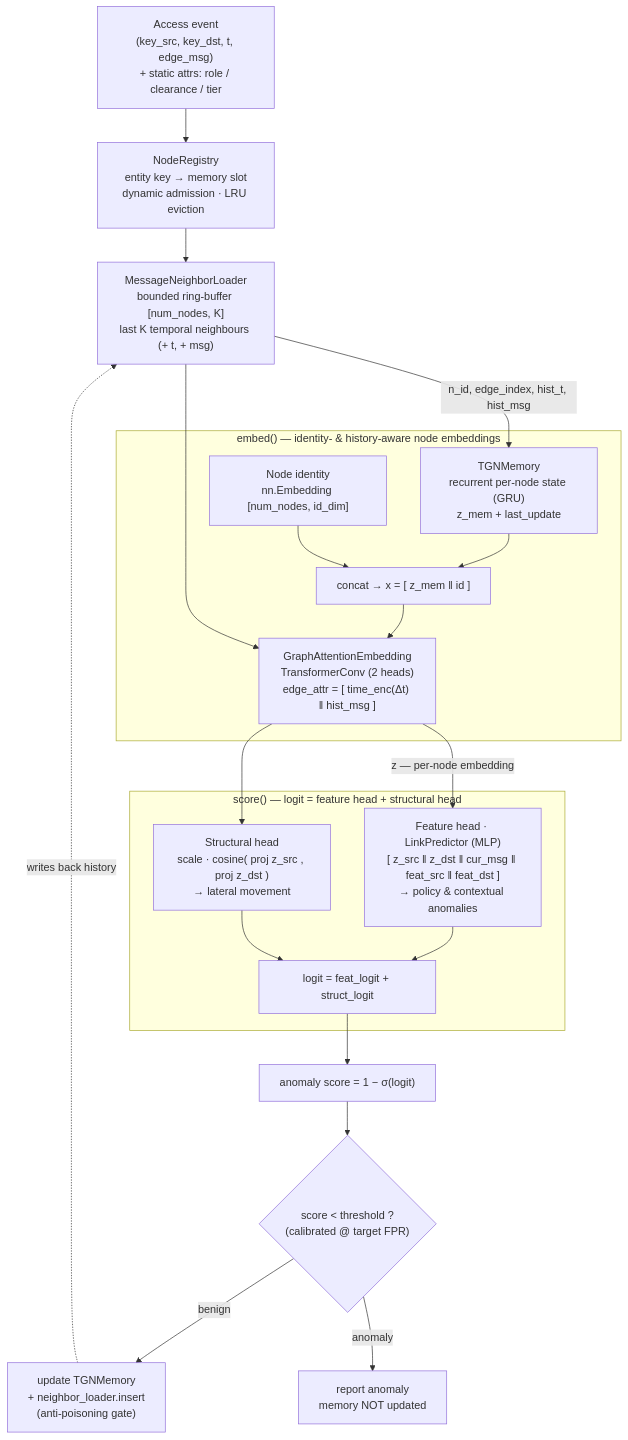
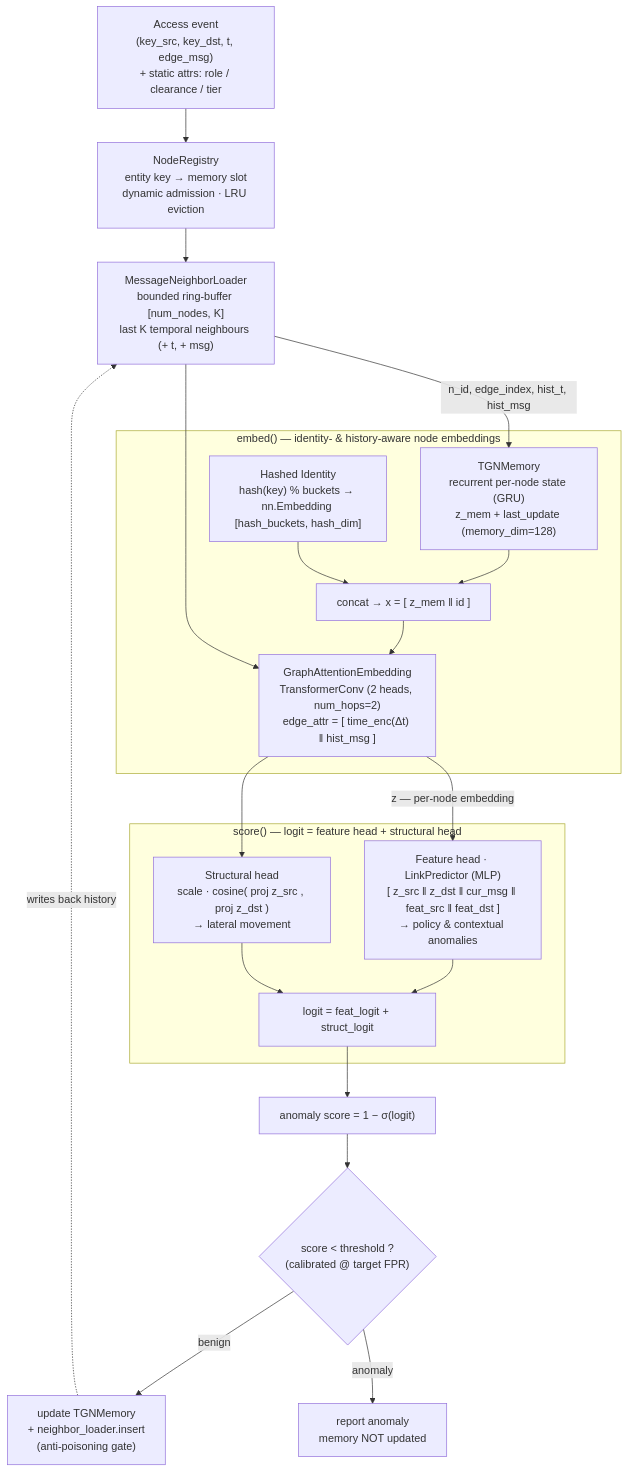
Before and after one commit to DDoS-Fury/Papergate: the diagram in README.md, drawn with Mermaid. The commit also changed other lines of this file and 6 other files, not shown here.

````diff
--- a/README.md
+++ b/README.md
@@ -53,35 +53,35 @@
 ```mermaid
 flowchart TD
     EV["Access event<br/>(key_src, key_dst, t, edge_msg)<br/>+ static attrs: role / clearance / tier"]
     REG["NodeRegistry<br/>entity key → memory slot<br/>dynamic admission · LRU eviction"]
     NL["MessageNeighborLoader<br/>bounded ring-buffer [num_nodes, K]<br/>last K temporal neighbours (+ t, + msg)"]
     EV --> REG --> NL
 
     subgraph EMB["embed() — identity- & history-aware node embeddings"]
-        MEM["TGNMemory<br/>recurrent per-node state (GRU)<br/>z_mem + last_update"]
-        ID["Node identity<br/>nn.Embedding [num_nodes, id_dim]"]
+        MEM["TGNMemory<br/>recurrent per-node state (GRU)<br/>z_mem + last_update (memory_dim=128)"]
+        ID["Hashed Identity<br/>hash(key) % buckets → nn.Embedding [hash_buckets, hash_dim]"]
         CAT["concat → x = [ z_mem ‖ id ]"]
-        GNN["GraphAttentionEmbedding<br/>TransformerConv (2 heads)<br/>edge_attr = [ time_enc(Δt) ‖ hist_msg ]"]
+        GNN["GraphAttentionEmbedding<br/>TransformerConv (2 heads, num_hops=2)<br/>edge_attr = [ time_enc(Δt) ‖ hist_msg ]"]
         MEM --> CAT
         ID --> CAT
         CAT --> GNN
     end
     NL -->|"n_id, edge_index, hist_t, hist_msg"| MEM
     NL --> GNN
 
     subgraph SCOREG["score() — logit = feature head + structural head"]
         FEAT["Feature head · LinkPredictor (MLP)<br/>[ z_src ‖ z_dst ‖ cur_msg ‖ feat_src ‖ feat_dst ]<br/>→ policy & contextual anomalies"]
         STR["Structural head<br/>scale · cosine( proj z_src , proj z_dst )<br/>→ lateral movement"]
         SUM["logit = feat_logit + struct_logit"]
         FEAT --> SUM
         STR --> SUM
     end
 
     GNN -->|"z — per-node embedding"| FEAT
     GNN --> STR
     SUM --> SCO["anomaly score = 1 − σ(logit)"]
     SCO --> GATE{"score &lt; threshold ?<br/>(calibrated @ target FPR)"}
     GATE -->|benign| UPD["update TGNMemory<br/>+ neighbor_loader.insert<br/>(anti-poisoning gate)"]
     GATE -->|anomaly| REP["report anomaly<br/>memory NOT updated"]
     UPD -.->|writes back history| NL
 ```
````
